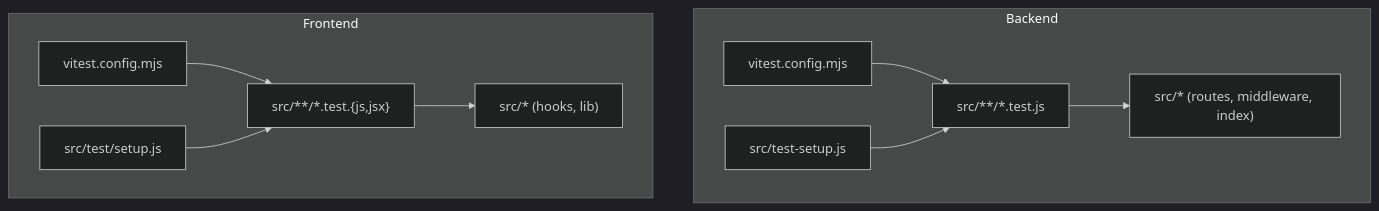
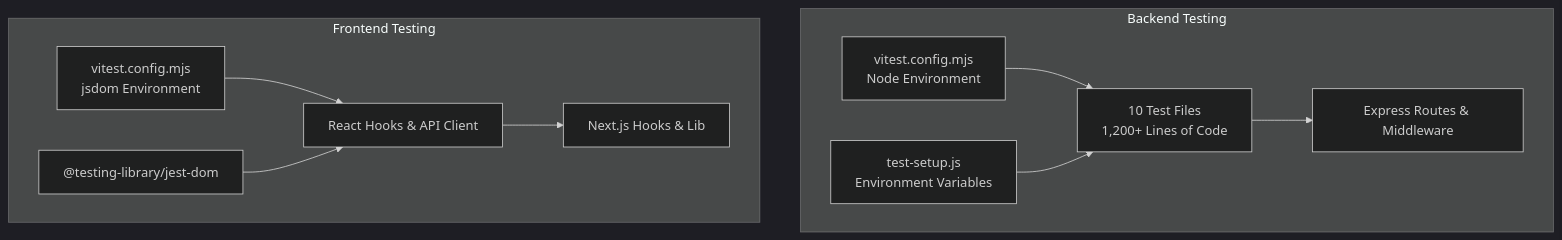
Before and after one commit to ZandileMkontwana/olympiad-portal: the first of 10 diagrams in .qoder/repowiki/en/content/Testing Strategy.md, drawn with Mermaid (dark theme). The commit also changed other lines of this file and 43 other files, not shown here.

````diff
--- a/.qoder/repowiki/en/content/Testing Strategy.md
+++ b/.qoder/repowiki/en/content/Testing Strategy.md
@@ -40,21 +66,21 @@
 ```mermaid
 graph TB
-subgraph "Backend"
-B_CFG["vitest.config.mjs"]
-B_SETUP["src/test-setup.js"]
-B_TESTS["src/**/*.test.js"]
-B_SRC["src/* (routes, middleware, index)"]
+subgraph "Backend Testing"
+B_CFG["vitest.config.mjs<br/>Node Environment"]
+B_SETUP["test-setup.js<br/>Environment Variables"]
+B_TESTS["10 Test Files<br/>1,200+ Lines of Code"]
+B_SRC["Express Routes & Middleware"]
 end
-subgraph "Frontend"
-F_CFG["vitest.config.mjs"]
-F_SETUP["src/test/setup.js"]
-F_TESTS["src/**/*.test.{js,jsx}"]
-F_SRC["src/* (hooks, lib)"]
+subgraph "Frontend Testing"
+F_CFG["vitest.config.mjs<br/>jsdom Environment"]
+F_SETUP["@testing-library/jest-dom"]
+F_TESTS["React Hooks & API Client"]
+F_SRC["Next.js Hooks & Lib"]
 end
 B_CFG --> B_TESTS
 B_SETUP --> B_TESTS
 B_TESTS --> B_SRC
 F_CFG --> F_TESTS
 F_SETUP --> F_TESTS
 F_TESTS --> F_SRC
 ```
````
